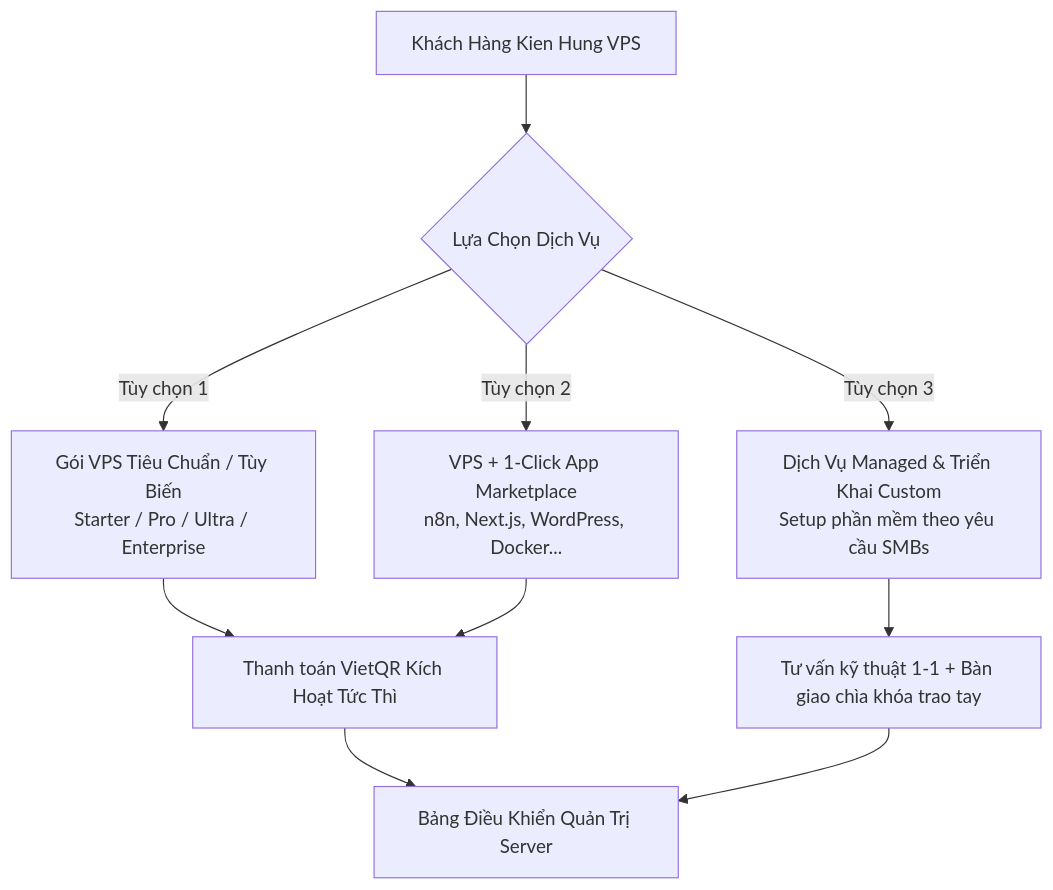
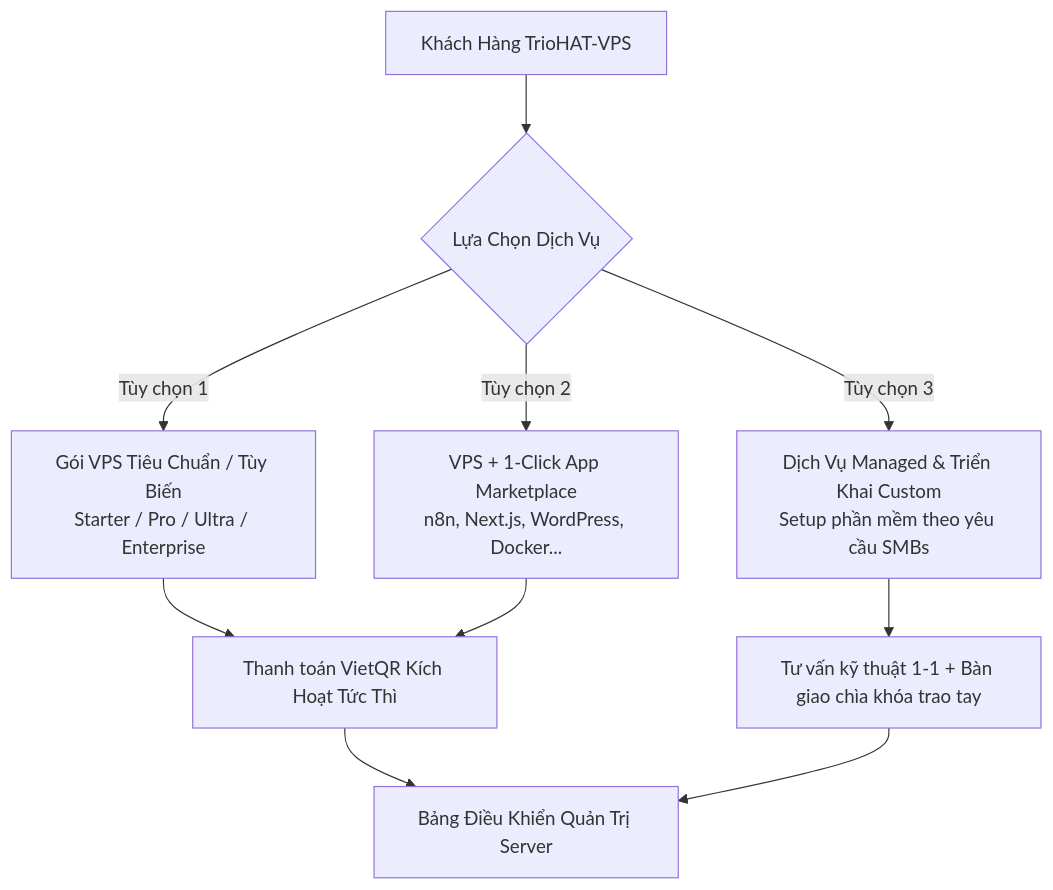
One commit to TrioHAT-Solutions/kienhung-vps changed the diagram in docs/01_PROJECT_OVERVIEW.md. Above: the diagram before and after it, drawn with Mermaid. The commit also changed other lines of this file and 64 other files, not shown here.

````diff
--- a/docs/01_PROJECT_OVERVIEW.md
+++ b/docs/01_PROJECT_OVERVIEW.md
@@ -68,14 +68,14 @@
 ```mermaid
 graph TD
-    A[Khách Hàng Kien Hung VPS] --> B{Lựa Chọn Dịch Vụ}
+    A[Khách Hàng TrioHAT-VPS] --> B{Lựa Chọn Dịch Vụ}
     B -->|Tùy chọn 1| C[Gói VPS Tiêu Chuẩn / Tùy Biến<br>Starter / Pro / Ultra / Enterprise]
     B -->|Tùy chọn 2| D[VPS + 1-Click App Marketplace<br>n8n, Next.js, WordPress, Docker...]
     B -->|Tùy chọn 3| E[Dịch Vụ Managed & Triển Khai Custom<br>Setup phần mềm theo yêu cầu SMBs]
     
     C --> F[Thanh toán VietQR Kích Hoạt Tức Thì]
     D --> F
     E --> G[Tư vấn kỹ thuật 1-1 + Bàn giao chìa khóa trao tay]
     
     F --> H[Bảng Điều Khiển Quản Trị Server]
     G --> H
 ```
````
